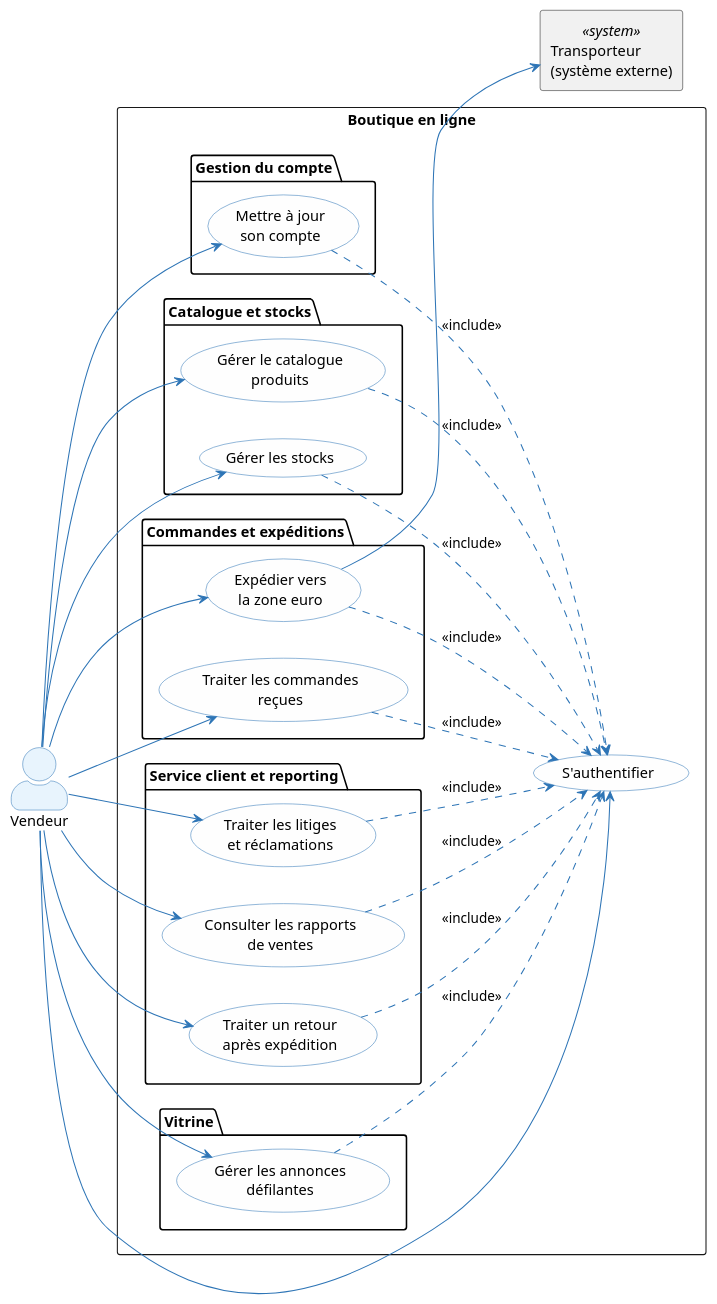
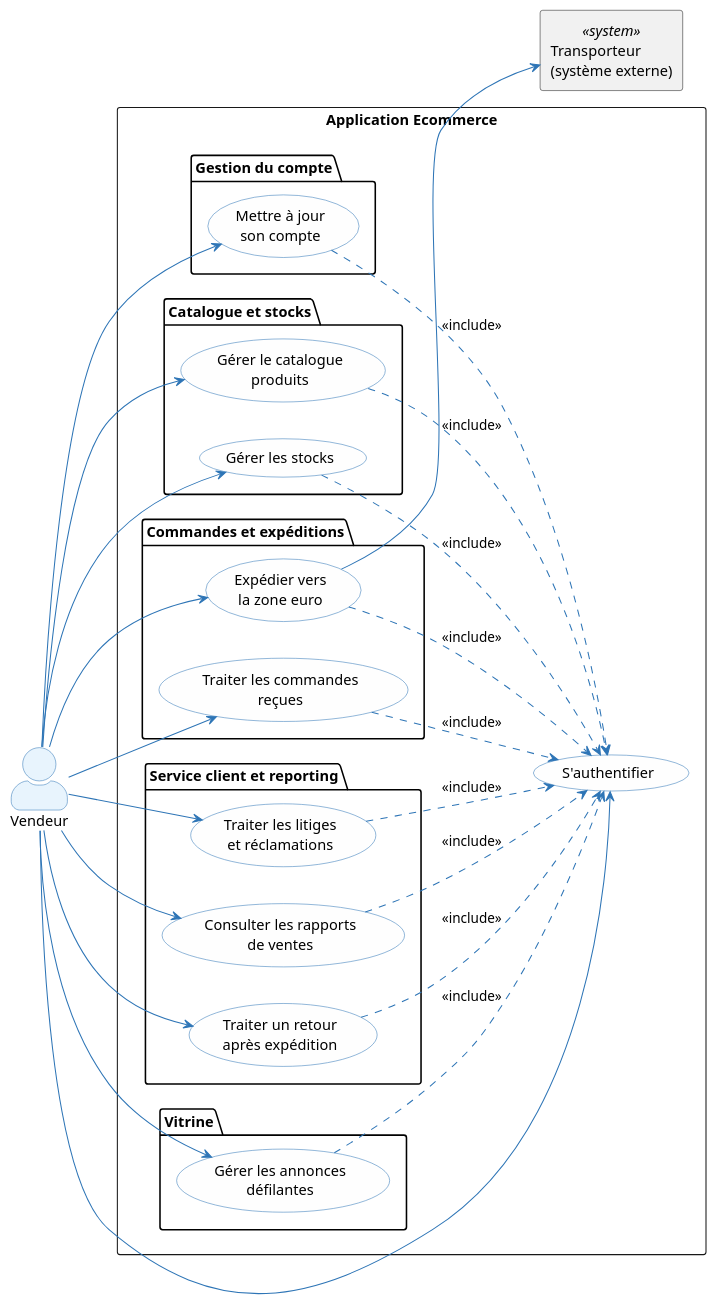
The second of 4 diagrams in architecture/01-operational-analysis/oa.adoc (louistalvande/online_shop), drawn with PlantUML before and after one commit. The commit also changed other lines of this file and 13 other files, not shown here.

First line of the commit message:
rename project from 'Boutique en ligne' to 'Application Ecommerce'

```diff
--- a/architecture/01-operational-analysis/oa.adoc
+++ b/architecture/01-operational-analysis/oa.adoc
@@ -186,62 +186,62 @@
 [plantuml, oa-uc-vendor, svg]
 ----
 skinparam actorStyle awesome
 skinparam usecase {
   BackgroundColor #FEFEFE
   BorderColor #2E75B6
   ArrowColor #2E75B6
 }
 skinparam actor {
   BackgroundColor #E8F4FD
   BorderColor #2E75B6
 }
 
 left to right direction
 
 actor "Vendeur" as Vendor
 rectangle "Transporteur\n(système externe)" as Carrier <<system>>
 
-rectangle "Boutique en ligne" {
+rectangle "Application Ecommerce" {
   usecase (S'authentifier) as UC_V_AUTH
   package "Gestion du compte" {
     usecase (Mettre à jour\nson compte) as UC_V0
   }
   package "Catalogue et stocks" {
     usecase (Gérer le catalogue\nproduits) as UC_V1
     usecase (Gérer les stocks) as UC_V2
   }
   package "Commandes et expéditions" {
     usecase (Traiter les commandes\nreçues) as UC_V3
     usecase (Expédier vers\nla zone euro) as UC_V4
   }
   package "Service client et reporting" {
     usecase (Traiter les litiges\net réclamations) as UC_V5
     usecase (Consulter les rapports\nde ventes) as UC_V6
     usecase (Traiter un retour\naprès expédition) as UC_V8
   }
   package "Vitrine" {
     usecase (Gérer les annonces\ndéfilantes) as UC_V9
   }
 }
 
 Vendor --> UC_V_AUTH
 Vendor --> UC_V0
 Vendor --> UC_V1
 Vendor --> UC_V2
 Vendor --> UC_V3
 Vendor --> UC_V4
 Vendor --> UC_V5
 Vendor --> UC_V6
 Vendor --> UC_V8
 Vendor --> UC_V9
 UC_V0 ..> UC_V_AUTH : <<include>>
 UC_V1 ..> UC_V_AUTH : <<include>>
 UC_V2 ..> UC_V_AUTH : <<include>>
 UC_V3 ..> UC_V_AUTH : <<include>>
 UC_V4 ..> UC_V_AUTH : <<include>>
 UC_V5 ..> UC_V_AUTH : <<include>>
 UC_V6 ..> UC_V_AUTH : <<include>>
 UC_V8 ..> UC_V_AUTH : <<include>>
 UC_V9 ..> UC_V_AUTH : <<include>>
 UC_V4 --> Carrier
 ----
```
